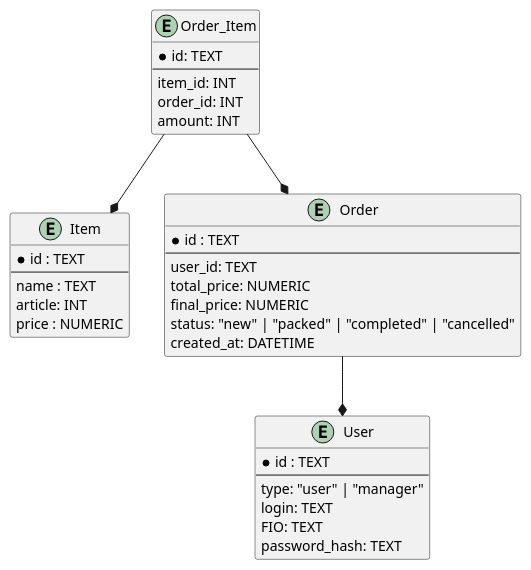
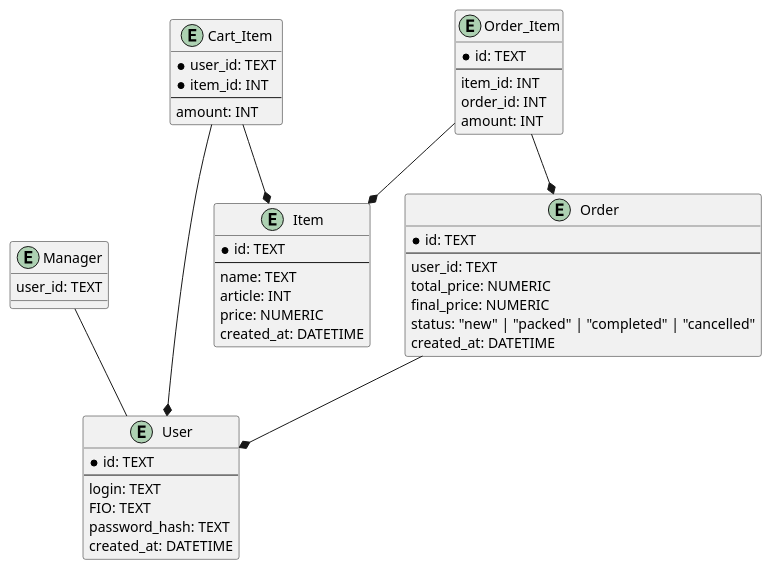
Before and after one commit to Efimish/university-4sem-pis-coursework: the diagram in db-diagram.puml, drawn with PlantUML. The commit also changed 2 other files, not shown here.

```diff
--- a/db-diagram.puml
+++ b/db-diagram.puml
@@ -1,43 +1,60 @@
 @startuml Диаграмма базы данных
 
 entity User {
-  * id : TEXT
+  * id: TEXT
   --
-  type: "user" | "manager"
   login: TEXT
   FIO: TEXT
   password_hash: TEXT
+  created_at: DATETIME
+}
+
+entity Manager {
+  user_id: TEXT
 }
 
 entity Item {
-  * id : TEXT
+  * id: TEXT
   --
-  name : TEXT
+  name: TEXT
   article: INT
-  price : NUMERIC
+  price: NUMERIC
+  created_at: DATETIME
+}
+
+entity Cart_Item {
+  * user_id: TEXT
+  * item_id: INT
+  --
+  amount: INT
 }
 
 entity Order {
-  * id : TEXT
+  * id: TEXT
   --
   user_id: TEXT
   total_price: NUMERIC
   final_price: NUMERIC
   status: "new" | "packed" | "completed" | "cancelled"
   created_at: DATETIME
 }
 
 entity Order_Item {
   * id: TEXT
   --
   item_id: INT
   order_id: INT
   amount: INT
 }
 
+Manager -- User
+
 Order --* User
+
+Cart_Item --* Item
+Cart_Item --* User
 
 Order_Item --* Item
 Order_Item --* Order
 
 @enduml
```
